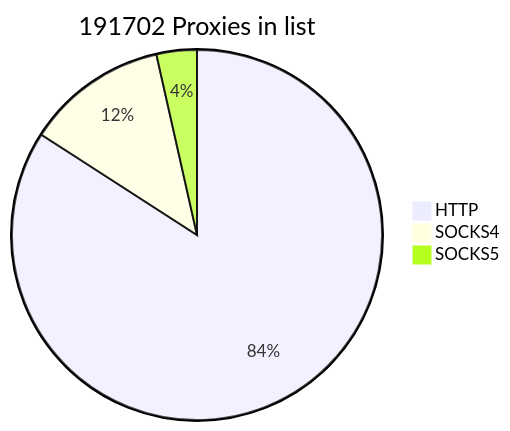
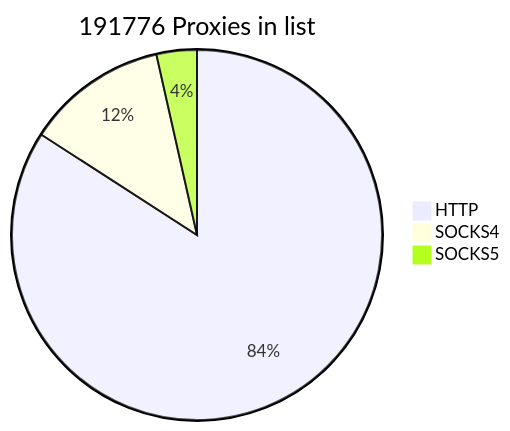
One commit to cutipu/proxylist changed the first of 2 diagrams in README.md. Above: the diagram before and after it, drawn with Mermaid. The commit also changed other lines of this file, not shown here.

````diff
--- a/README.md
+++ b/README.md
@@ -2,7 +2,7 @@
 ```mermaid
-pie title 191702 Proxies in list
-    "HTTP" : 161241
-    "SOCKS4" : 23705
+pie title 191776 Proxies in list
+    "HTTP" : 161317
+    "SOCKS4" : 23703
     "SOCKS5" : 6756
             
 ```
````
